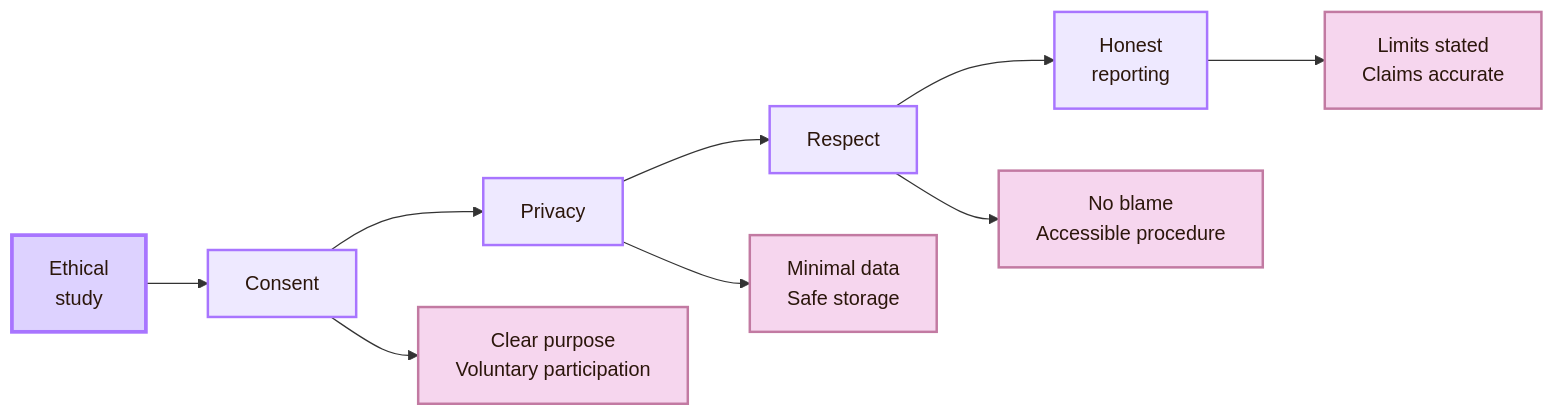
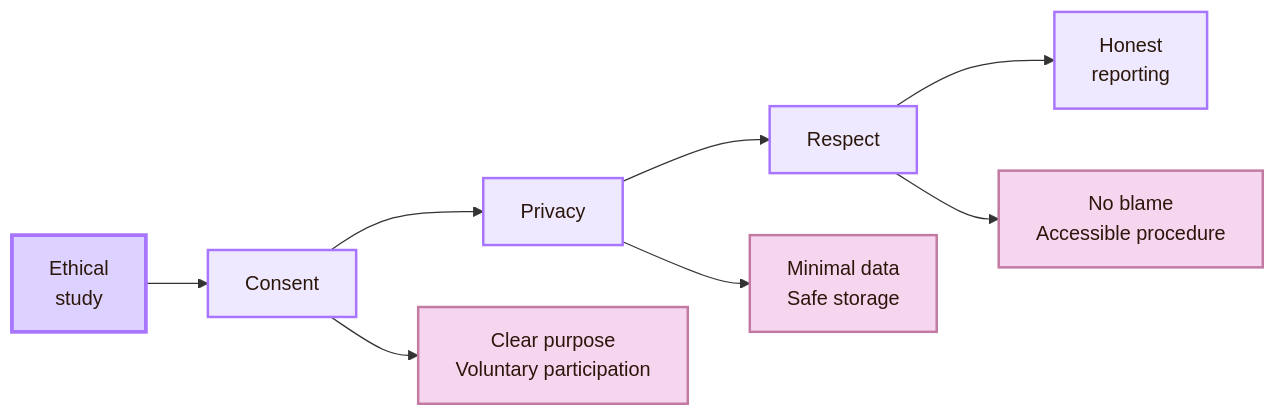
Diagram 12 of 13 in 01_Core_Area_HCI/001_Subareas/01_Understanding_the_User/Activities/Experiment.md (andreitegzes06-ui/CogniShire), drawn with Mermaid before and after one commit. The commit also changed other lines of this file and 131 other files, not shown here.

````diff
--- a/01_Core_Area_HCI/001_Subareas/01_Understanding_the_User/Activities/Experiment.md
+++ b/01_Core_Area_HCI/001_Subareas/01_Understanding_the_User/Activities/Experiment.md
@@ -381,20 +379,19 @@
 ```mermaid
 flowchart LR
     A["Ethical<br/>study"] --> B["Consent"]
     B --> C["Privacy"]
     C --> D["Respect"]
     D --> E["Honest<br/>reporting"]
 
     B --> B1["Clear purpose<br/>Voluntary participation"]
     C --> C1["Minimal data<br/>Safe storage"]
     D --> D1["No blame<br/>Accessible procedure"]
-    E --> E1["Limits stated<br/>Claims accurate"]
 
     classDef center fill:#ddd2ff,stroke:#a875ff,color:#2b160b,stroke-width:3px;
     classDef node fill:#eee9ff,stroke:#a875ff,color:#2b160b,stroke-width:2px;
     classDef detail fill:#f6d6ee,stroke:#c27aa2,color:#2b160b,stroke-width:2px;
 
     class A center;
     class B,C,D,E node;
     class B1,C1,D1,E1 detail;
 ```
````
